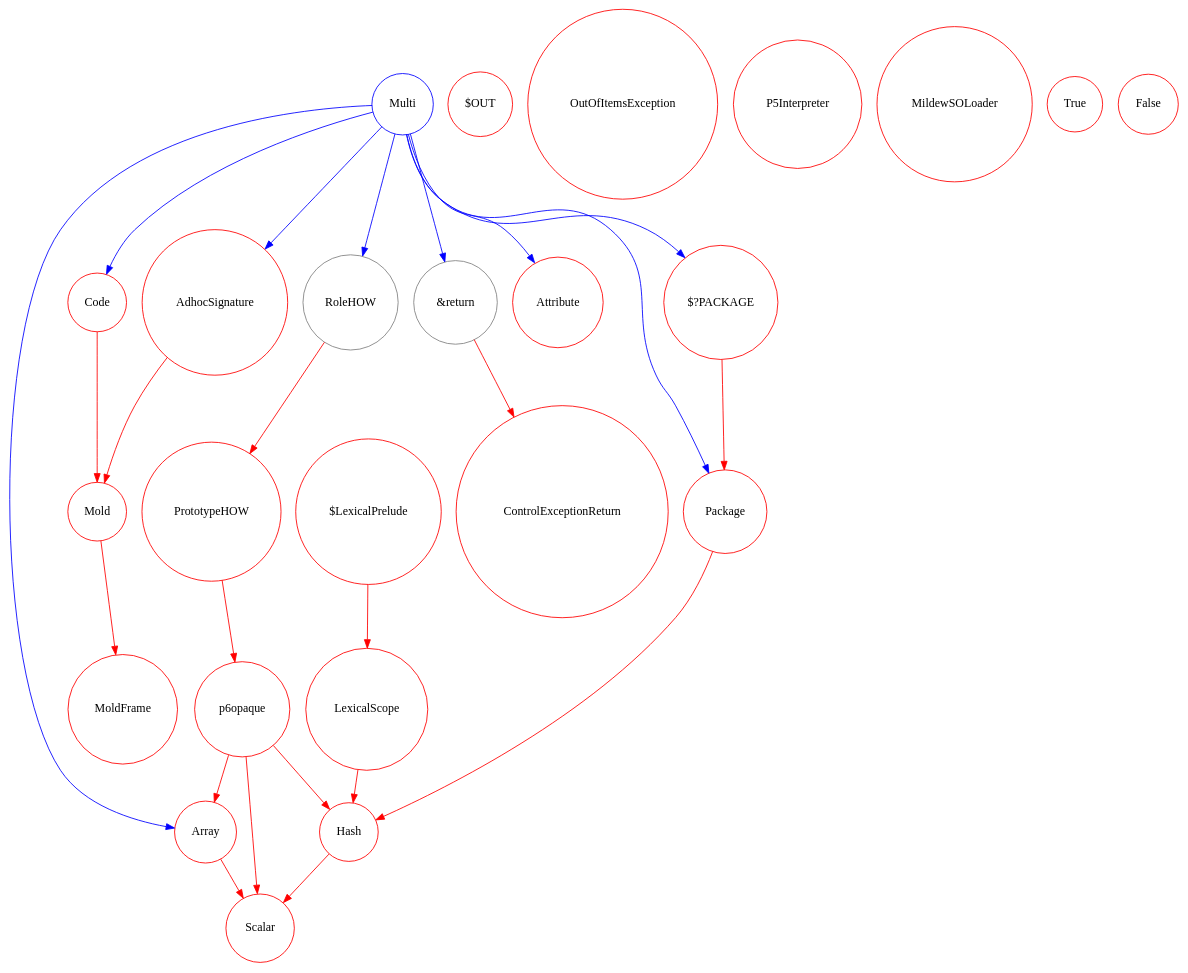
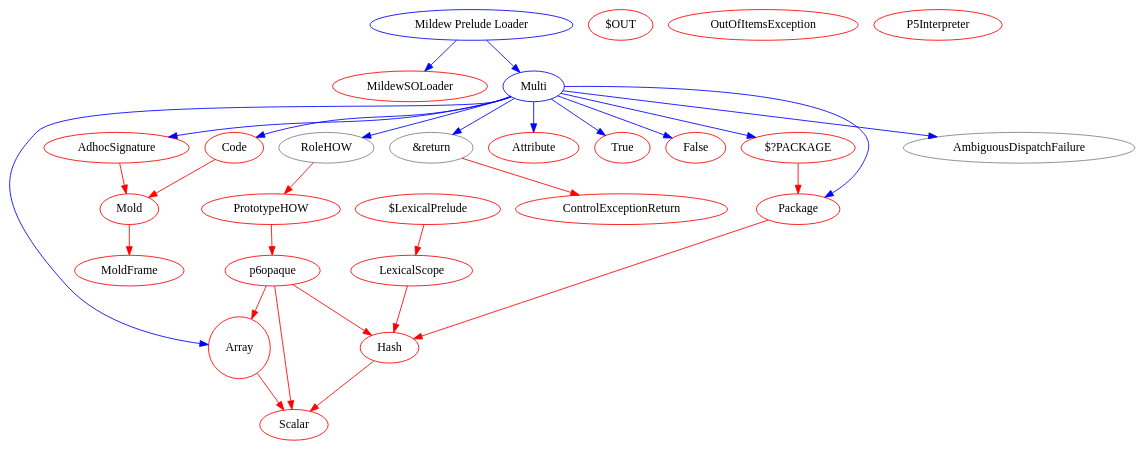
One commit to Raku/mu changed the diagram in v6/mildew/bootstrap.dot. Above: the diagram before and after it, drawn with Graphviz.

Commit message:
[mildew] a bit more detailed bootstrapped.dot,

```diff
--- a/v6/mildew/bootstrap.dot
+++ b/v6/mildew/bootstrap.dot
@@ -1,97 +1,108 @@
 digraph "SMOP and Mildew Typesystem Bootstrap"
 {
 
  /*
   * This are the types defined in the SMOP initialization.
   *
   * gray nodes mean nodes that are going to be defined in C.
   * Red nodes mean nodes defined in C or C+m0ld.
   * Red links mean C symbol lookup, instead of lexical lookup.
   */
 
- s1p_hash [shape=circle, color=red, label=Hash]; s1p_array [shape=circle,
- color=red, label=Array]; s1p_io [shape=circle, color=red,
- label="$OUT"]; mold [shape=circle, color=red, label=Mold];
- mold_frame[shape=circle, color=red, label=MoldFrame];
+ s1p_hash [color=red, label=Hash]; s1p_array [shape=circle,
+ color=red, label=Array]; s1p_io [color=red,
+ label="$OUT"]; mold [color=red, label=Mold];
+ mold_frame[color=red, label=MoldFrame];
 
  mold -> mold_frame [color=red];
 
- s1p_code [shape=circle, color=red, label=Code];
- s1p_package [shape=circle, color=red, label=Package];
- outer_package [shape=circle, color=red, label="$?PACKAGE"];
+ s1p_code [color=red, label=Code];
+ s1p_package [color=red, label=Package];
+ outer_package [color=red, label="$?PACKAGE"];
 
  outer_package -> s1p_package [color=red];
  s1p_package -> s1p_hash [color=red];
  s1p_code -> mold [color=red];
  
- s1p_adhoc_signature [shape=circle, color=red, label="AdhocSignature"];
+ s1p_adhoc_signature [color=red, label="AdhocSignature"];
 
  s1p_adhoc_signature -> mold [color=red];
 
- s1p_scalar [shape=circle, color=red, label="Scalar"];
+ s1p_scalar [color=red, label="Scalar"];
 
  s1p_hash -> s1p_scalar [color=red];
  s1p_array -> s1p_scalar [color=red];
 
- s1p_attribute [shape=circle, color=red, label=Attribute];
+ s1p_attribute [color=red, label=Attribute];
 
- p6opaque [shape=circle, color=red]
+ p6opaque [color=red]
 
  p6opaque -> s1p_hash [color=red];
  p6opaque -> s1p_scalar [color=red];
  p6opaque -> s1p_array [color=red];
 
- s1p_prototypehow [shape=circle, color=red, label=PrototypeHOW];
+ s1p_prototypehow [color=red, label=PrototypeHOW];
 
  s1p_prototypehow -> p6opaque [color=red]
 
- controlexceptionreturn [shape=circle, color=red, label=ControlExceptionReturn];
+ controlexceptionreturn [color=red, label=ControlExceptionReturn];
 
- outofitemsexception [shape=circle, color=red, label=OutOfItemsException];
+ outofitemsexception [color=red, label=OutOfItemsException];
 
- p5interpreter [shape=circle, color=red, label=P5Interpreter];
+ p5interpreter [color=red, label=P5Interpreter];
 
- s1p_lexicalscope [shape=circle, color=red, label=LexicalScope];
+ s1p_lexicalscope [color=red, label=LexicalScope];
 
  s1p_lexicalscope -> s1p_hash [color=red];
 
- lexical_prelude_var [shape=circle, color=red, label="$LexicalPrelude"];
+ lexical_prelude_var [color=red, label="$LexicalPrelude"];
 
  lexical_prelude_var -> s1p_lexicalscope [color=red];
 
- MildewSOLoader [shape=circle, color=red, label="MildewSOLoader"];
+ mildewsoloader [color=red, label="MildewSOLoader"];
 
- native_bool_true [shape=circle, color=red, label="True"];
- native_bool_false [shape=circle, color=red, label="False"];
+ native_bool_true [color=red, label="True"];
+ native_bool_false [color=red, label="False"];
 
- s1p_rolehow [shape=circle, color=gray, label="RoleHOW"];
+ s1p_rolehow [color=gray, label="RoleHOW"];
  s1p_rolehow -> s1p_prototypehow [color=red];
 
- s1p_return [shape=circle, color=gray, label="&return"];
+ s1p_return [color=gray, label="&return"];
  s1p_return -> controlexceptionreturn [color=red];
+
+ ambiguousdispatchfailure [color=gray, label="AmbiguousDispatchFailure"];
 
  /*
   * now we start defining types in a higher level
   *
   * nodes written in regular Perl 6 are in blue
   * nodes simplified for bootstrapping are in black
   *
   * Links in red are C symbol lookup,
   * in black are simplified lookup (multi variants by long name, for instance)
   * in blue are regular lookups
   *
   */
 
 
   // Multi should be reinitted some times...
-  Multi_s0 [shape=circle, color=blue, label="Multi"];
+  Multi_s0 [color=blue, label="Multi"];
   Multi_s0 -> s1p_rolehow [color=blue];
   Multi_s0 -> s1p_package [color=blue];
   Multi_s0 -> outer_package [color=blue];
   Multi_s0 -> s1p_adhoc_signature [color=blue];
   Multi_s0 -> s1p_attribute [color=blue];
   Multi_s0 -> s1p_array [color=blue];
   Multi_s0 -> s1p_code [color=blue];
   Multi_s0 -> s1p_return [color=blue];
+  Multi_s0 -> ambiguousdispatchfailure [color=blue];
+  Multi_s0 -> native_bool_false [color=blue];
+  Multi_s0 -> native_bool_true [color=blue];
+
+  Prelude [color=blue, label="Mildew Prelude Loader"];
+  Prelude -> mildewsoloader [color=blue];
+  Prelude -> Multi_s0 [color=blue];
+
+
 
 }
```
